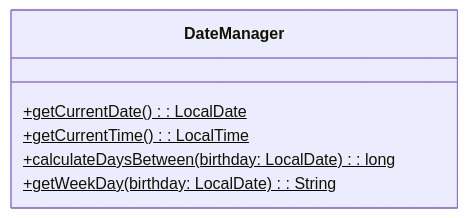
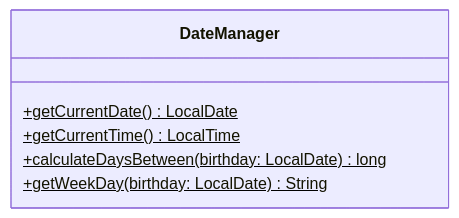
One commit to wielandjan/java_helloWorld_1 changed the first of 4 diagrams in scr/exercises/Programmieren1/SampleExam/ReadMe.md. Above: the diagram before and after it, drawn with Mermaid. The commit also changed other lines of this file, not shown here.

Commit message:
modified:   scr/exercises/Programmieren1/SampleExam/ReadMe.md

````diff
--- a/scr/exercises/Programmieren1/SampleExam/ReadMe.md
+++ b/scr/exercises/Programmieren1/SampleExam/ReadMe.md
@@ -53,9 +53,9 @@
 ```mermaid
 classDiagram
     class DateManager {
-        +getCurrentDate(): LocalDate$
-        +getCurrentTime(): LocalTime$
-        +calculateDaysBetween(birthday: LocalDate): long$
-        +getWeekDay(birthday: LocalDate): String$
+        +getCurrentDate() LocalDate$
+        +getCurrentTime() LocalTime$
+        +calculateDaysBetween(birthday: LocalDate) long$
+        +getWeekDay(birthday: LocalDate) String$
     }
 ```
````
